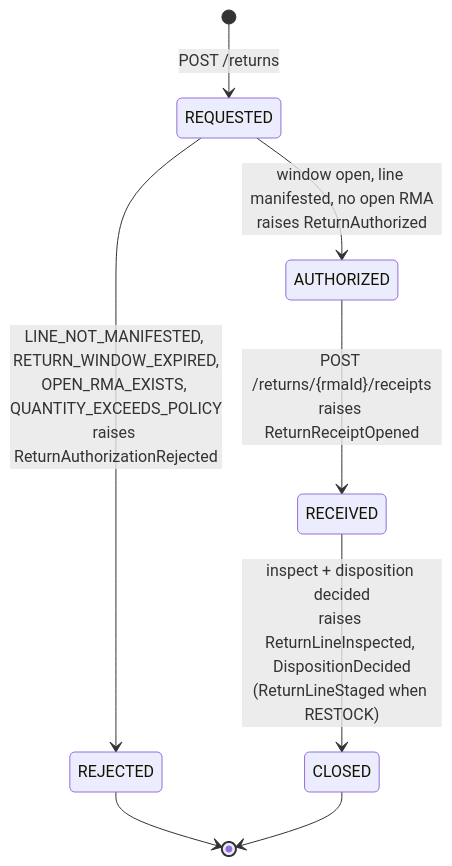
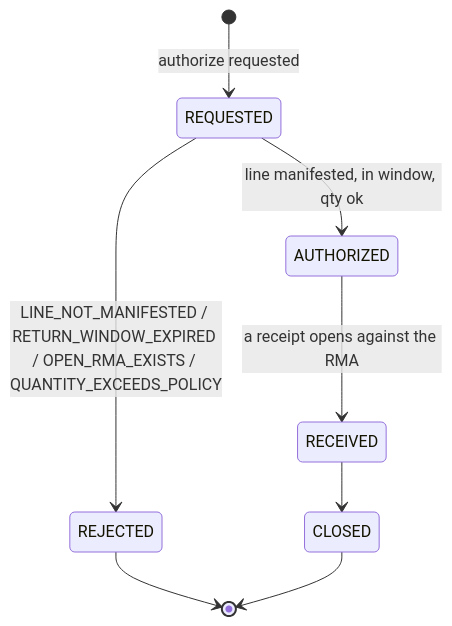
Before and after one commit to IQVO/warehouse-docs: the diagram in docs/contexts/returns-processing/aggregate-design-canvas.md, drawn with Mermaid. The commit also changed other lines of this file and 237 other files, not shown here.

````diff
--- a/docs/contexts/returns-processing/aggregate-design-canvas.md
+++ b/docs/contexts/returns-processing/aggregate-design-canvas.md
@@ -56,10 +34,10 @@
 ```mermaid
 stateDiagram-v2
-    [*] --> REQUESTED: POST /returns
-    REQUESTED --> AUTHORIZED: window open, line manifested, no open RMA<br/>raises ReturnAuthorized
-    REQUESTED --> REJECTED: LINE_NOT_MANIFESTED, RETURN_WINDOW_EXPIRED,<br/>OPEN_RMA_EXISTS, QUANTITY_EXCEEDS_POLICY<br/>raises ReturnAuthorizationRejected
-    AUTHORIZED --> RECEIVED: POST /returns/{rmaId}/receipts<br/>raises ReturnReceiptOpened
-    RECEIVED --> CLOSED: inspect + disposition decided<br/>raises ReturnLineInspected, DispositionDecided<br/>(ReturnLineStaged when RESTOCK)
+    [*] --> REQUESTED: authorize requested
+    REQUESTED --> AUTHORIZED: line manifested, in window, qty ok
+    REQUESTED --> REJECTED: LINE_NOT_MANIFESTED / RETURN_WINDOW_EXPIRED / OPEN_RMA_EXISTS / QUANTITY_EXCEEDS_POLICY
+    AUTHORIZED --> RECEIVED: a receipt opens against the RMA
+    RECEIVED --> CLOSED
     REJECTED --> [*]
     CLOSED --> [*]
 ```
````
